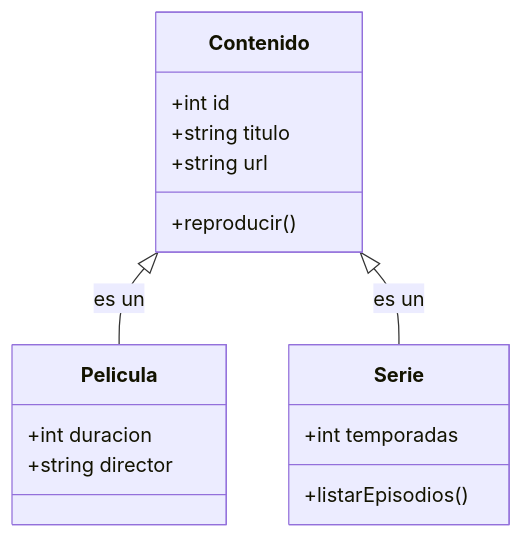
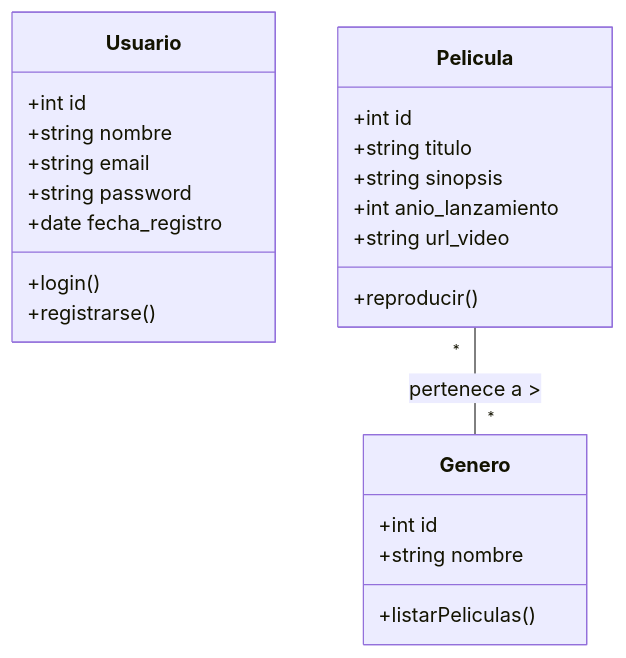
Before and after one commit to Angeluchidev/app_streaming_web: the second of 2 diagrams in DOCUMENTACION_UML.md, drawn with Mermaid. The commit also changed other lines of this file and 3 other files, not shown here.

````diff
--- a/DOCUMENTACION_UML.md
+++ b/DOCUMENTACION_UML.md
@@ -67,19 +39,29 @@
 ```mermaid
 classDiagram
-    class Contenido {
+    class Usuario {
+        +int id
+        +string nombre
+        +string email
+        +string password
+        +date fecha_registro
+        +login()
+        +registrarse()
+    }
+
+    class Pelicula {
         +int id
         +string titulo
-        +string url
+        +string sinopsis
+        +int anio_lanzamiento
+        +string url_video
         +reproducir()
     }
-    class Pelicula {
-        +int duracion
-        +string director
+
+    class Genero {
+        +int id
+        +string nombre
+        +listarPeliculas()
     }
-    class Serie {
-        +int temporadas
-        +listarEpisodios()
-    }
-    Contenido <|-- Pelicula : es un
-    Contenido <|-- Serie : es un
+
+    Pelicula "*" -- "*" Genero : pertenece a >
 ```
````
